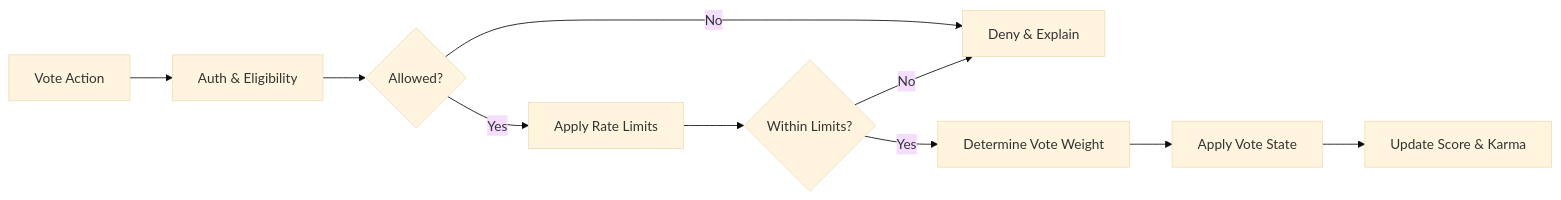
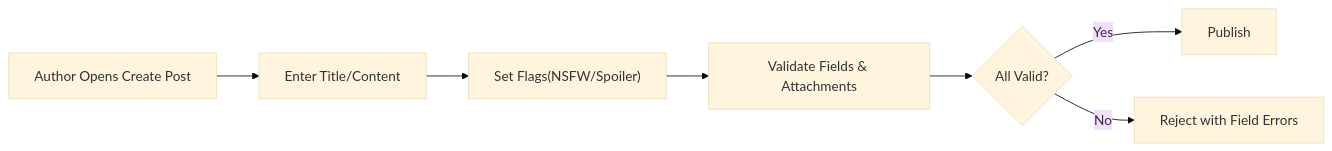
The second of 4 diagrams in openai/gpt-5/reddit/docs/analysis/00-toc.md (wrtnlabs/autobe-examples), drawn with Mermaid (base theme) before and after one commit. The commit also changed other lines of this file and 16146 other files, not shown here.

````diff
--- a/openai/gpt-5/reddit/docs/analysis/00-toc.md
+++ b/openai/gpt-5/reddit/docs/analysis/00-toc.md
@@ -227,12 +88,9 @@
 ```mermaid
 graph LR
-  A["Vote Action"] --> B["Auth & Eligibility"]
-  B --> C{"Allowed?"}
-  C -->|"No"| Z["Deny & Explain"]
-  C -->|"Yes"| D["Apply Rate Limits"]
-  D --> E{"Within Limits?"}
-  E -->|"No"| Z
-  E -->|"Yes"| F["Determine Vote Weight"]
-  F --> G["Apply Vote State"]
-  G --> H["Update Score & Karma"]
+  A["Author Opens Create Post"] --> B["Enter Title/Content"]
+  B --> C["Set Flags(NSFW/Spoiler)"]
+  C --> D["Validate Fields & Attachments"]
+  D --> E{"All Valid?"}
+  E -->|"Yes"| F["Publish"]
+  E -->|"No"| G["Reject with Field Errors"]
 ```
````
